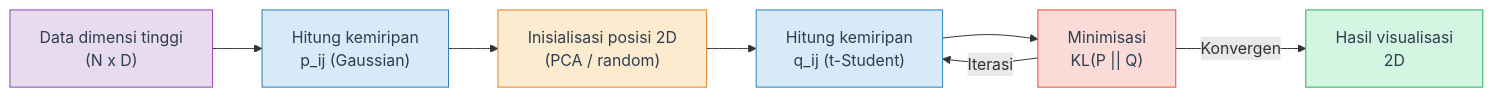
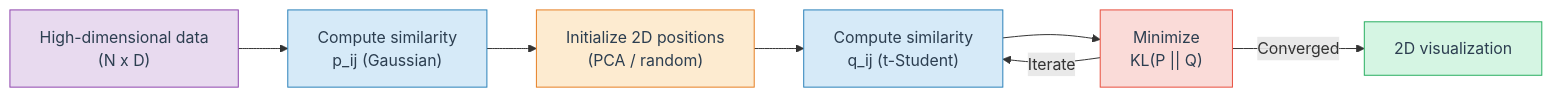
The first of 2 diagrams in week-02/t-SNE.md (0xkeonho/Modul-Data-Mining), drawn with Mermaid before and after one commit. The commit also changed other lines of this file and 3 other files, not shown here.

````diff
--- a/week-02/t-SNE.md
+++ b/week-02/t-SNE.md
@@ -151,16 +185,16 @@
 ```mermaid
 graph LR
-    A["Data dimensi tinggi<br>(N x D)"] --> B["Hitung kemiripan<br>p_ij (Gaussian)"]
-    B --> C["Inisialisasi posisi 2D<br>(PCA / random)"]
-    C --> D["Hitung kemiripan<br>q_ij (t-Student)"]
-    D --> E["Minimisasi<br>KL(P || Q)"]
-    E -->|"Iterasi"| D
-    E -->|"Konvergen"| F["Hasil visualisasi<br>2D"]
+    A["High-dimensional data<br>(N x D)"] --> B["Compute similarity<br>p_ij (Gaussian)"]
+    B --> C["Initialize 2D positions<br>(PCA / random)"]
+    C --> D["Compute similarity<br>q_ij (t-Student)"]
+    D --> E["Minimize<br>KL(P || Q)"]
+    E -->|"Iterate"| D
+    E -->|"Converged"| F["2D visualization"]
 
     style A fill:#e8daef,stroke:#8e44ad,color:#2c3e50
     style B fill:#d6eaf8,stroke:#2980b9,color:#2c3e50
     style C fill:#fdebd0,stroke:#e67e22,color:#2c3e50
     style D fill:#d6eaf8,stroke:#2980b9,color:#2c3e50
     style E fill:#fadbd8,stroke:#e74c3c,color:#2c3e50
     style F fill:#d5f5e3,stroke:#27ae60,color:#2c3e50
 ```
````
